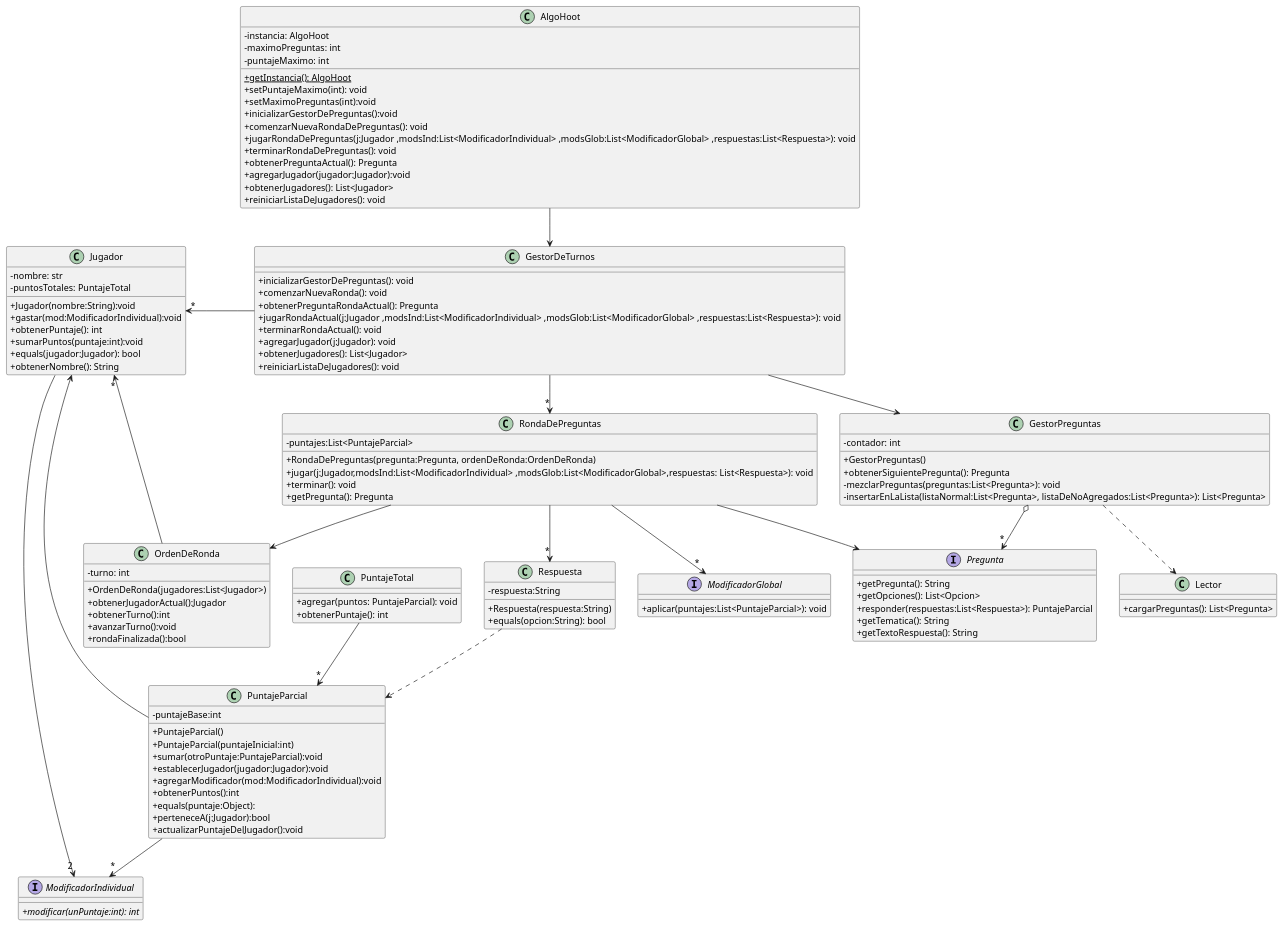
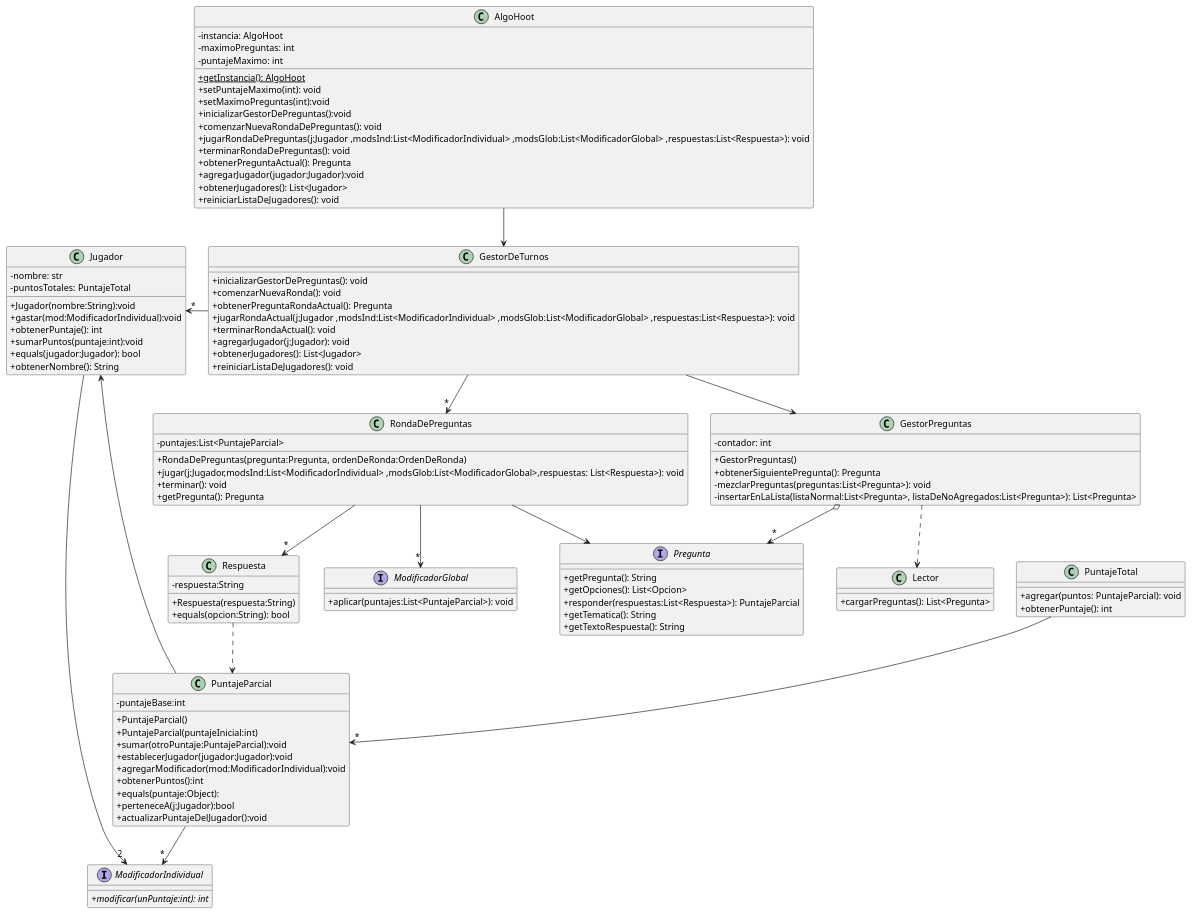
Before and after one commit to ValentinMarturet/ALGO3-TP2: the diagram in diagrams/classes/entrega0/clases2.plantuml, drawn with PlantUML.

Commit message:
Eliminacion de Orden de Ronda del diagrama de clases

```diff
--- a/diagrams/classes/entrega0/clases2.plantuml
+++ b/diagrams/classes/entrega0/clases2.plantuml
@@ -1,139 +1,127 @@
 @startuml clasesGenerales
 
 skinparam monochrome false
 /'skinparam monochrome true'/
 /'hide circle '/
 skinparam classAttributeIconSize 0
 
 interface Pregunta {
     + getPregunta(): String
     + getOpciones(): List<Opcion>
     + responder(respuestas:List<Respuesta>): PuntajeParcial
     + getTematica(): String
     + getTextoRespuesta(): String
 }
 
 class GestorDeTurnos {
     + inicializarGestorDePreguntas(): void
     + comenzarNuevaRonda(): void
     + obtenerPreguntaRondaActual(): Pregunta
     + jugarRondaActual(j:Jugador ,modsInd:List<ModificadorIndividual> ,modsGlob:List<ModificadorGlobal> ,respuestas:List<Respuesta>): void
     + terminarRondaActual(): void
     + agregarJugador(j:Jugador): void
     + obtenerJugadores(): List<Jugador>
     + reiniciarListaDeJugadores(): void
 }
 
 class RondaDePreguntas {
     - puntajes:List<PuntajeParcial>
     + RondaDePreguntas(pregunta:Pregunta, ordenDeRonda:OrdenDeRonda)
     + jugar(j:Jugador,modsInd:List<ModificadorIndividual> ,modsGlob:List<ModificadorGlobal>,respuestas: List<Respuesta>): void
     + terminar(): void
     + getPregunta(): Pregunta
-}
-
-class OrdenDeRonda {
-    - turno: int
-    + OrdenDeRonda(jugadores:List<Jugador>)
-    + obtenerJugadorActual():Jugador
-    + obtenerTurno():int
-    + avanzarTurno():void
-    + rondaFinalizada():bool
-
 }
 
 class GestorPreguntas {
     - contador: int
     + GestorPreguntas()
     + obtenerSiguientePregunta(): Pregunta
     - mezclarPreguntas(preguntas:List<Pregunta>): void
     - insertarEnLaLista(listaNormal:List<Pregunta>, listaDeNoAgregados:List<Pregunta>): List<Pregunta>
 }
 
 class Jugador {
     - nombre: str
     - puntosTotales: PuntajeTotal
     + Jugador(nombre:String):void
     + gastar(mod:ModificadorIndividual):void
     + obtenerPuntaje(): int
     + sumarPuntos(puntaje:int):void
     + equals(jugador:Jugador): bool
     + obtenerNombre(): String
 }
 
 class Respuesta {
     - respuesta:String
     + Respuesta(respuesta:String)
     + equals(opcion:String): bool
 }
 
 class AlgoHoot {
     - instancia: AlgoHoot
     - maximoPreguntas: int
     - puntajeMaximo: int
     + {static}getInstancia(): AlgoHoot
     + setPuntajeMaximo(int): void
     + setMaximoPreguntas(int):void
     + inicializarGestorDePreguntas():void
     + comenzarNuevaRondaDePreguntas(): void
     + jugarRondaDePreguntas(j:Jugador ,modsInd:List<ModificadorIndividual> ,modsGlob:List<ModificadorGlobal> ,respuestas:List<Respuesta>): void
     + terminarRondaDePreguntas(): void
     + obtenerPreguntaActual(): Pregunta
     + agregarJugador(jugador:Jugador):void
     + obtenerJugadores(): List<Jugador>
     + reiniciarListaDeJugadores(): void
 }
 
 class Lector{
     +cargarPreguntas(): List<Pregunta>
 }
 
 interface ModificadorIndividual{
     + {abstract} modificar(unPuntaje:int): int
 }
 
 interface ModificadorGlobal{
     +aplicar(puntajes:List<PuntajeParcial>): void
 }
 
 class PuntajeParcial{
     -puntajeBase:int
     +PuntajeParcial()
     +PuntajeParcial(puntajeInicial:int)
     +sumar(otroPuntaje:PuntajeParcial):void
     +establecerJugador(jugador:Jugador):void
     +agregarModificador(mod:ModificadorIndividual):void
     +obtenerPuntos():int
     +equals(puntaje:Object):
     +perteneceA(j:Jugador):bool
     +actualizarPuntajeDelJugador():void
 }
 
 class PuntajeTotal {
     + agregar(puntos: PuntajeParcial): void
     + obtenerPuntaje(): int
 
 }
 
 
 GestorDeTurnos -down-> GestorPreguntas
 GestorDeTurnos -down-> "*" RondaDePreguntas
 GestorPreguntas o-->"*" Pregunta
 GestorPreguntas ..> Lector
 RondaDePreguntas --> Pregunta
 RondaDePreguntas --> "*" Respuesta
-RondaDePreguntas --> OrdenDeRonda
-OrdenDeRonda --> "*" Jugador
 AlgoHoot --> GestorDeTurnos
 GestorDeTurnos -left->"*" Jugador
 PuntajeParcial --> Jugador
 Respuesta ..> PuntajeParcial
 
 PuntajeTotal --> "*" PuntajeParcial
 PuntajeParcial --> "*" ModificadorIndividual
 
 Jugador --> "2" ModificadorIndividual
 RondaDePreguntas -->"*" ModificadorGlobal
 
 
 @enduml
```
